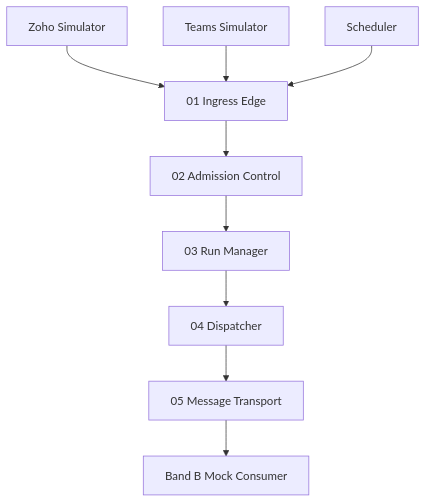
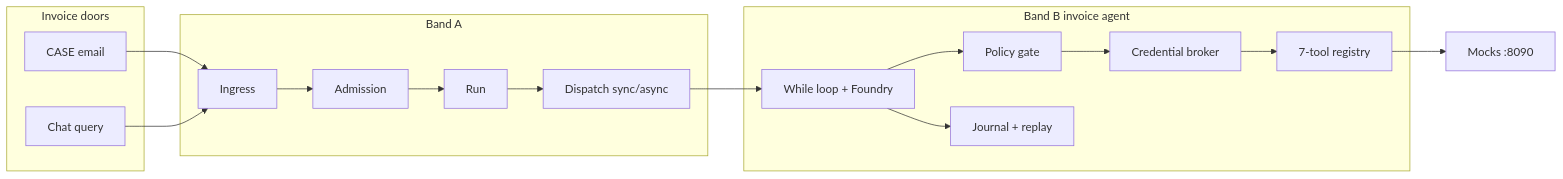
One commit to adityachowdhuryin/Agentic-systems-Azure-Emulator changed the diagram in README.md. Above: the diagram before and after it, drawn with Mermaid. The commit also changed other lines of this file, not shown here.

First line of the commit message:
docs: rewrite README for dual-mode invoice + sales lead emulator

````diff
--- a/README.md
+++ b/README.md
@@ -39,11 +22,26 @@
 ```mermaid
-flowchart TD
-    Z[Zoho Simulator] --> I[01 Ingress Edge]
-    T[Teams Simulator] --> I
-    S[Scheduler] --> I
-    I --> A[02 Admission Control]
-    A --> R[03 Run Manager]
-    R --> D[04 Dispatcher]
-    D --> Q[05 Message Transport]
-    Q --> B[Band B Mock Consumer]
+flowchart LR
+  subgraph doors [Invoice doors]
+    Email[CASE email]
+    Chat[Chat query]
+  end
+  subgraph banda [Band A]
+    I[Ingress]
+    A[Admission]
+    R[Run]
+    D[Dispatch sync/async]
+  end
+  subgraph bandb [Band B invoice agent]
+    Loop[While loop + Foundry]
+    Gate[Policy gate]
+    Broker[Credential broker]
+    Tools[7-tool registry]
+    Journal[Journal + replay]
+  end
+  Mocks[Mocks :8090]
+  Email --> I
+  Chat --> I
+  I --> A --> R --> D --> Loop
+  Loop --> Gate --> Broker --> Tools --> Mocks
+  Loop --> Journal
 ```
````
